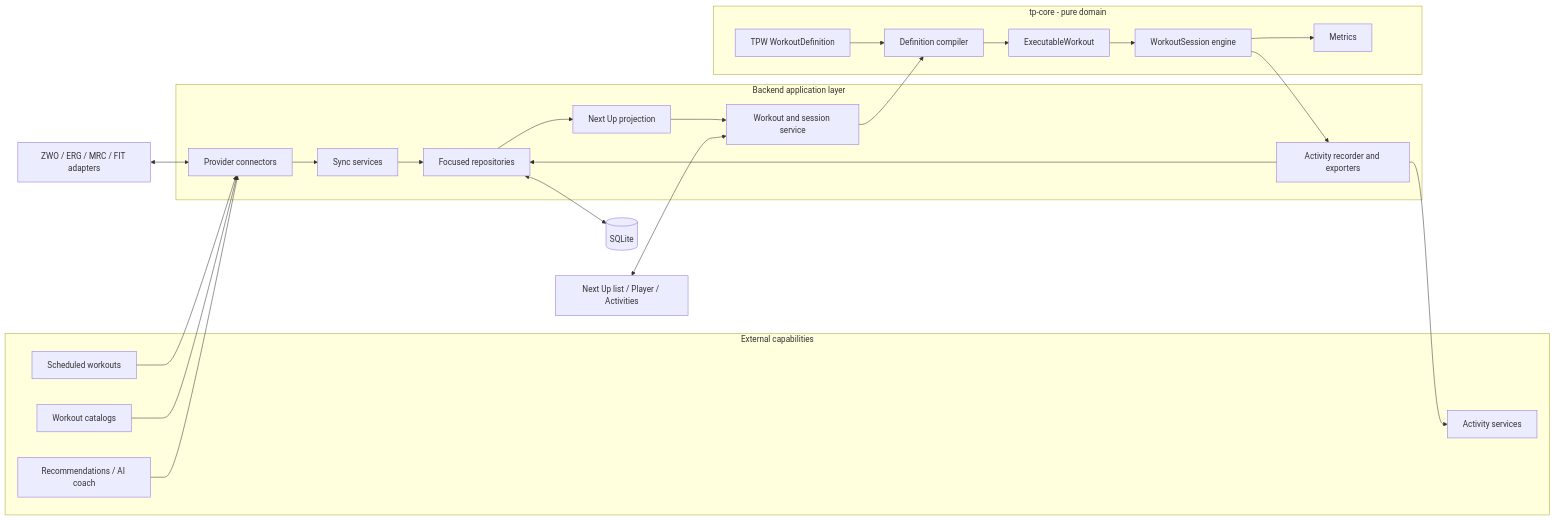
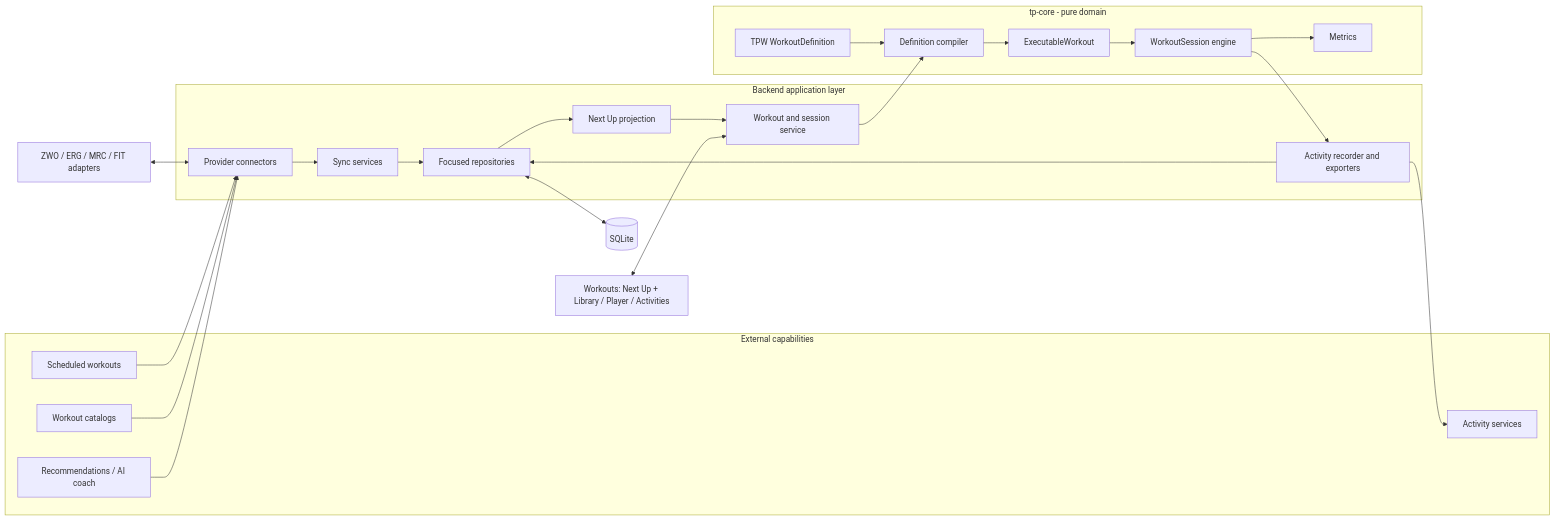
The diagram in docs/workout-platform.md (sergioclemente/TrainerPro), drawn with Mermaid before and after one commit. The commit also changed other lines of this file and 15 other files, not shown here.

Commit message:
Add Next Up to the Workouts screen

````diff
--- a/docs/workout-platform.md
+++ b/docs/workout-platform.md
@@ -11,50 +11,50 @@
 ```mermaid
 flowchart LR
     subgraph PROVIDERS[External capabilities]
         PLAN[Scheduled workouts]
         CATALOG[Workout catalogs]
         COACH[Recommendations / AI coach]
         ACTIVITYAPI[Activity services]
     end
 
     subgraph BACKEND[Backend application layer]
         CONNECTORS[Provider connectors]
         SYNC[Sync services]
         REPOS[Focused repositories]
         NEXT[Next Up projection]
         APP[Workout and session service]
         REC[Activity recorder and exporters]
     end
 
     DB[(SQLite)]
 
     subgraph CORE[tp-core - pure domain]
         DEF[TPW WorkoutDefinition]
         COMPILE[Definition compiler]
         EXEC[ExecutableWorkout]
         SESSION[WorkoutSession engine]
         METRICS[Metrics]
     end
 
-    UI[Next Up list / Player / Activities]
+    UI[Workouts: Next Up + Library / Player / Activities]
     FILES[ZWO / ERG / MRC / FIT adapters]
 
     PLAN --> CONNECTORS
     CATALOG --> CONNECTORS
     COACH --> CONNECTORS
     CONNECTORS --> SYNC
     SYNC --> REPOS
     REPOS <--> DB
     REPOS --> NEXT
     NEXT --> APP
     UI <--> APP
     APP --> COMPILE
     DEF --> COMPILE
     COMPILE --> EXEC
     EXEC --> SESSION
     SESSION --> REC
     SESSION --> METRICS
     REC --> REPOS
     REC --> ACTIVITYAPI
     FILES <--> CONNECTORS
 ```
````
